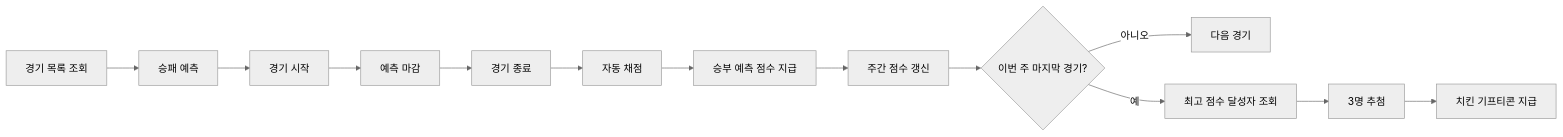
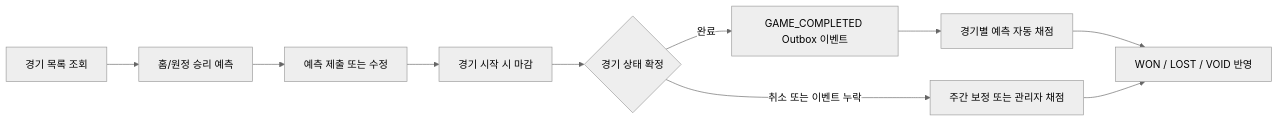
One commit to Starlight258/yagubogu-mirror changed the first of 3 diagrams in backend/docs/prediction-prd.md. Above: the diagram before and after it, drawn with Mermaid (neutral theme). The commit also changed other lines of this file, not shown here.

Commit message:
docs(reward): 당첨자 정보 등록 이후 기프티콘 발급 정책 명세

````diff
--- a/backend/docs/prediction-prd.md
+++ b/backend/docs/prediction-prd.md
@@ -35,28 +70,12 @@
 ```mermaid
 flowchart LR
-
-A[경기 목록 조회]
---> B[승패 예측]
-
-B --> C[경기 시작]
-
-C --> D[예측 마감]
-
-D --> E[경기 종료]
-
-E --> F[자동 채점]
-
-F --> G[승부 예측 점수 지급]
-
-G --> H[주간 점수 갱신]
-
-H --> I{이번 주 마지막 경기?}
-
-I -- 아니오 --> J[다음 경기]
-
-I -- 예 --> K[최고 점수 달성자 조회]
-
-K --> L[3명 추첨]
-
-L --> M[치킨 기프티콘 지급]
+    A[경기 목록 조회] --> B[홈/원정 승리 예측]
+    B --> C[예측 제출 또는 수정]
+    C --> D[경기 시작 시 마감]
+    D --> E{경기 상태 확정}
+    E -- 완료 --> F[GAME_COMPLETED Outbox 이벤트]
+    F --> G[경기별 예측 자동 채점]
+    E -- 취소 또는 이벤트 누락 --> H[주간 보정 또는 관리자 채점]
+    G --> I[WON / LOST / VOID 반영]
+    H --> I
 ```
````
